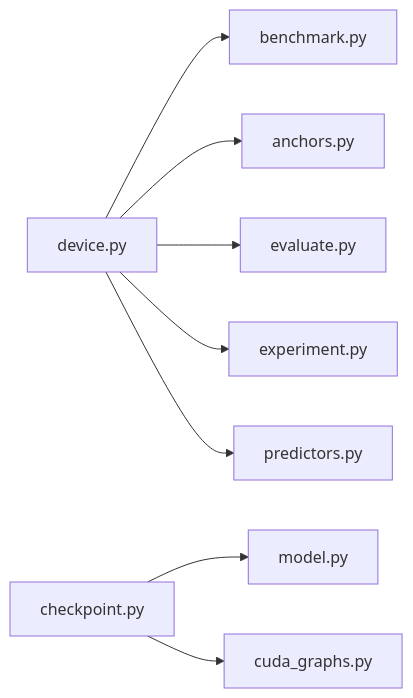
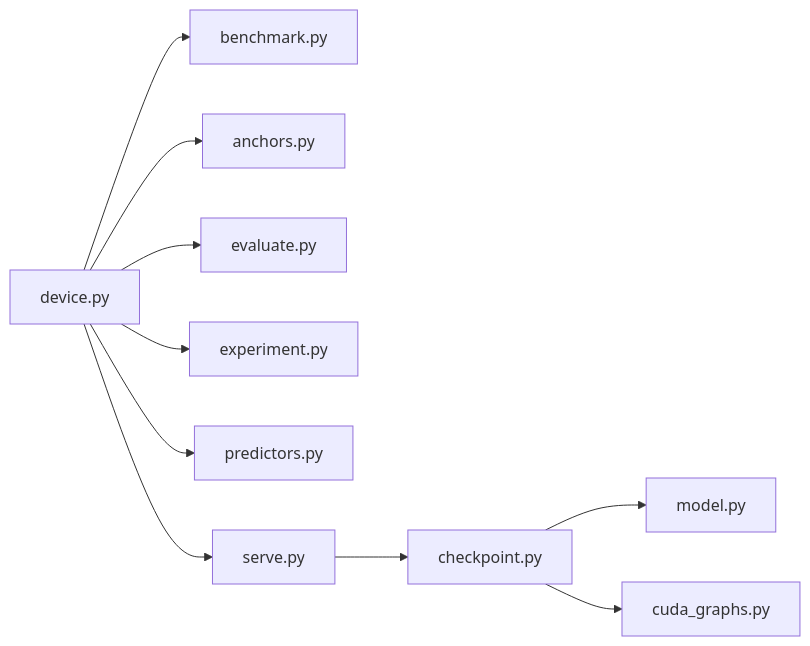
The tenth of 10 diagrams in .qoder/repowiki/zh/content/高级主题/性能优化技术/设备抽象层.md (joezxh/kev), drawn with Mermaid before and after one commit. The commit also changed other lines of this file and 220 other files, not shown here.

````diff
--- a/.qoder/repowiki/zh/content/高级主题/性能优化技术/设备抽象层.md
+++ b/.qoder/repowiki/zh/content/高级主题/性能优化技术/设备抽象层.md
@@ -327,10 +389,12 @@
 ```mermaid
 graph LR
 Device["device.py"] --> Benchmark["benchmark.py"]
 Device --> Anchors["anchors.py"]
 Device --> Evaluate["evaluate.py"]
 Device --> Experiment["experiment.py"]
 Device --> Predictors["predictors.py"]
+Device --> Serve["serve.py"]
 Checkpoint["checkpoint.py"] --> Model["model.py"]
 Checkpoint --> CudaGraphs["cuda_graphs.py"]
+Serve --> Checkpoint
 ```
````
